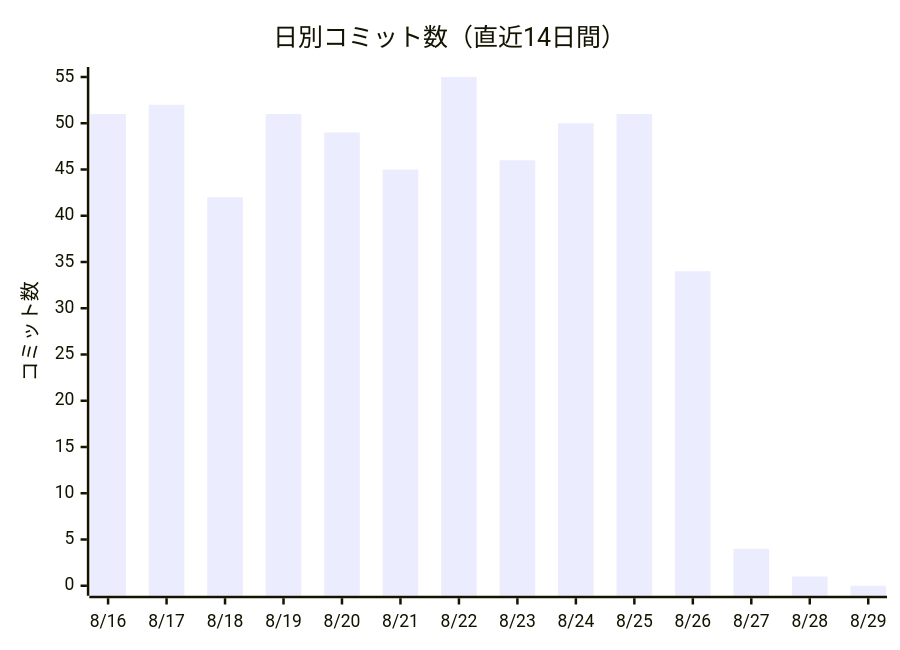
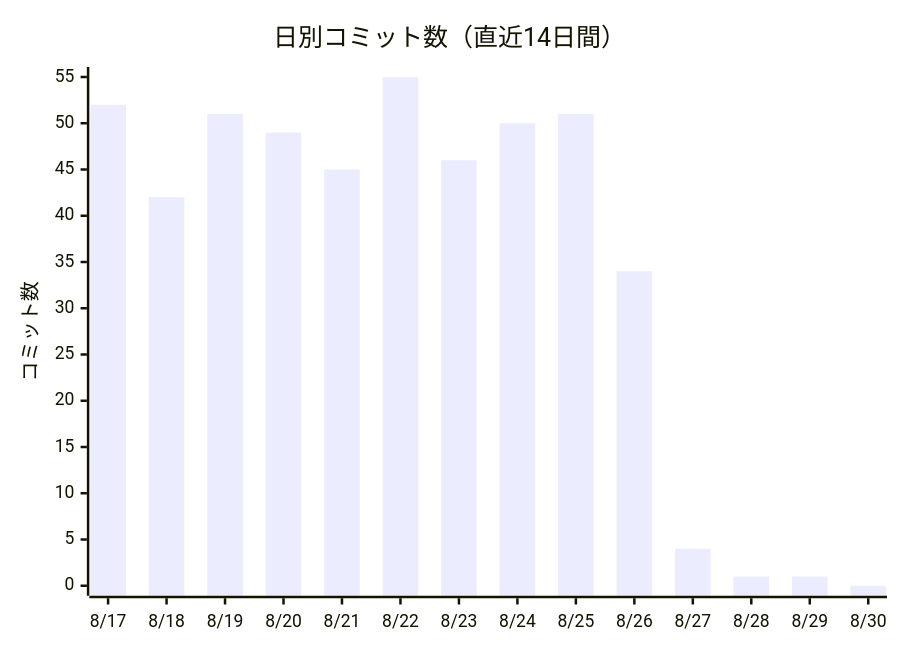
The first of 2 diagrams in docs/進化レポート.md (non-x2/non-x2), drawn with Mermaid before and after one commit. The commit also changed other lines of this file and 2 other files, not shown here.

````diff
--- a/docs/進化レポート.md
+++ b/docs/進化レポート.md
@@ -23,7 +23,7 @@
 ```mermaid
 xychart-beta
     title "日別コミット数（直近14日間）"
-    x-axis ["8/16", "8/17", "8/18", "8/19", "8/20", "8/21", "8/22", "8/23", "8/24", "8/25", "8/26", "8/27", "8/28", "8/29"]
+    x-axis ["8/17", "8/18", "8/19", "8/20", "8/21", "8/22", "8/23", "8/24", "8/25", "8/26", "8/27", "8/28", "8/29", "8/30"]
     y-axis "コミット数"
-    bar [51, 52, 42, 51, 49, 45, 55, 46, 50, 51, 34, 4, 1, 0]
+    bar [52, 42, 51, 49, 45, 55, 46, 50, 51, 34, 4, 1, 1, 0]
 ```
````
